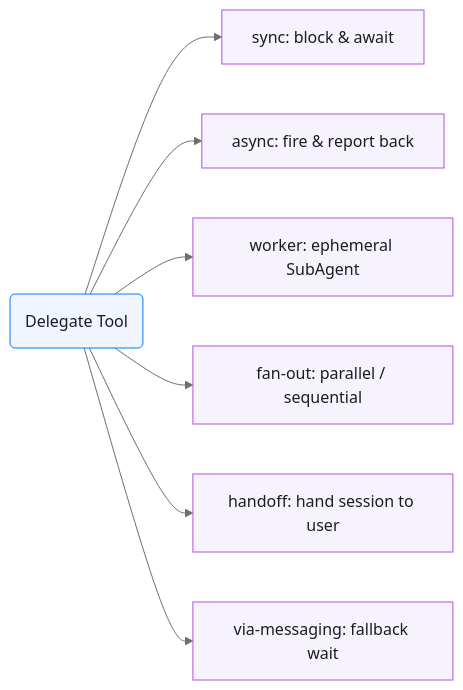
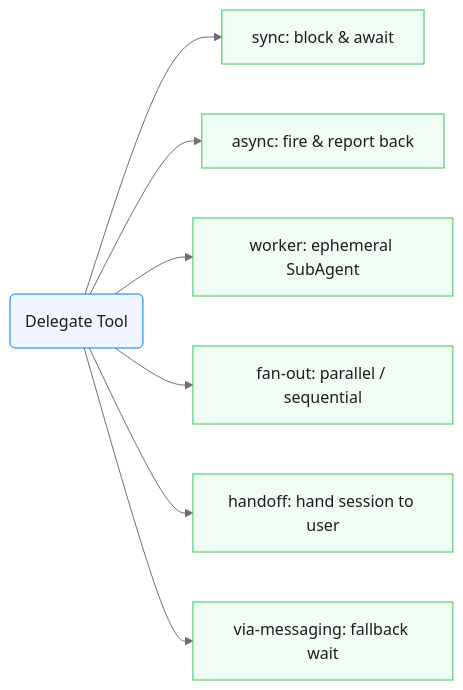
One commit to desirecore/market changed the second of 5 diagrams in skills/tech-diagram/references/templates.md. Above: the diagram before and after it, drawn with Mermaid. The commit also changed other lines of this file and 3 other files, not shown here.

Commit message:
fix(tech-diagram): 采纳 Copilot 评审——模式节点改 biz、记忆层统一圆柱、路径加注、避免行内三反引号

````diff
--- a/skills/tech-diagram/references/templates.md
+++ b/skills/tech-diagram/references/templates.md
@@ -38,14 +42,14 @@
 ```mermaid
 %%{init: {'theme':'base','themeVariables':{'primaryColor':'#F0F5FF','primaryBorderColor':'#007AFF','primaryTextColor':'#1d1d1f','lineColor':'#6e6e73','fontFamily':'-apple-system,SF Pro Text,Noto Sans SC,sans-serif'}}}%%
 flowchart LR
     classDef system fill:#F0F5FF,stroke:#007AFF,color:#1d1d1f
-    classDef agent  fill:#F6F3FF,stroke:#AF52DE,color:#1d1d1f
+    classDef biz    fill:#F0FDF4,stroke:#34C759,color:#1d1d1f
 
     D("Delegate Tool"):::system
-    D --> S["sync: block & await"]:::agent
-    D --> AS["async: fire & report back"]:::agent
-    D --> W["worker: ephemeral SubAgent"]:::agent
-    D --> F["fan-out: parallel / sequential"]:::agent
-    D --> H["handoff: hand session to user"]:::agent
-    D --> V["via-messaging: fallback wait"]:::agent
+    D --> S["sync: block & await"]:::biz
+    D --> AS["async: fire & report back"]:::biz
+    D --> W["worker: ephemeral SubAgent"]:::biz
+    D --> F["fan-out: parallel / sequential"]:::biz
+    D --> H["handoff: hand session to user"]:::biz
+    D --> V["via-messaging: fallback wait"]:::biz
 ```
````
